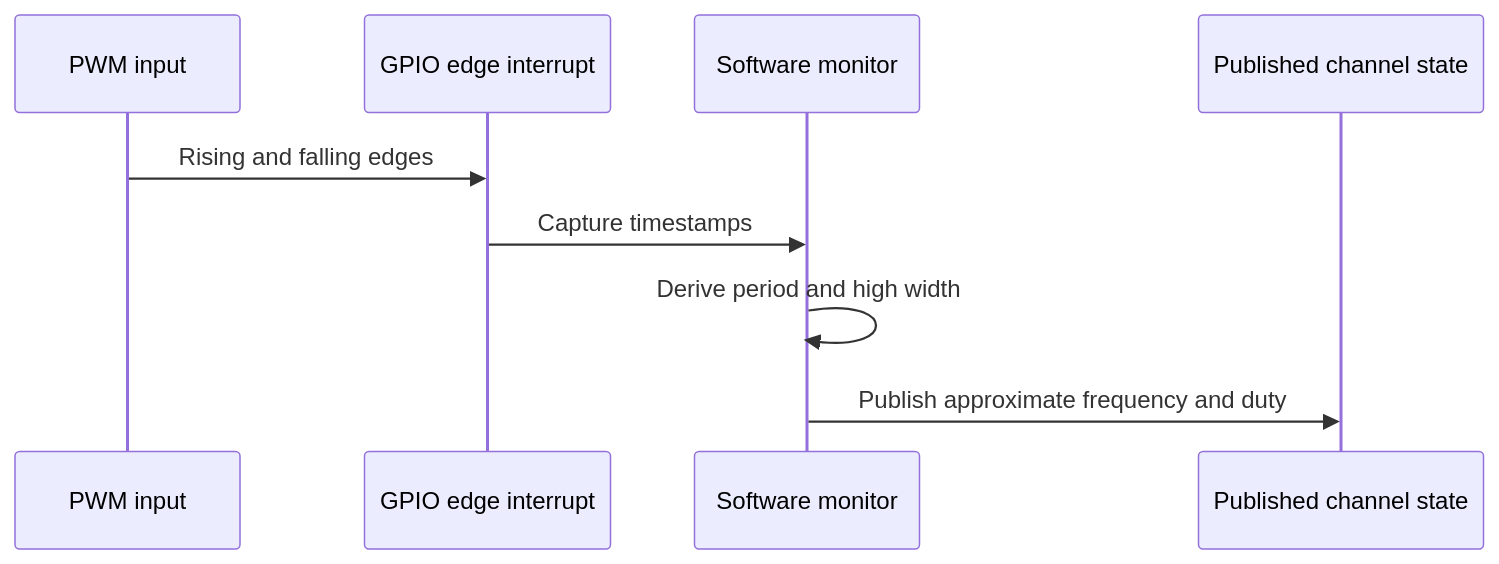
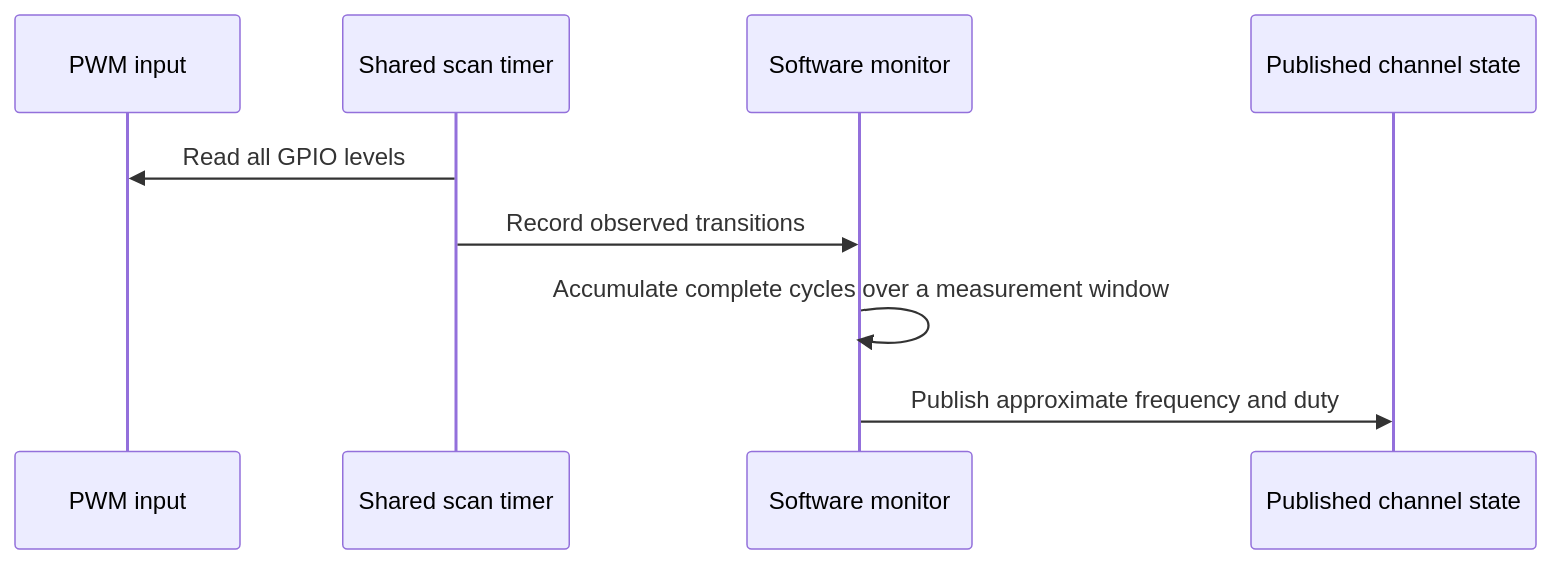
One commit to djwinter29-oss/PicoPWM changed the second of 2 diagrams in docs/design/pwm-driver/software.md. Above: the diagram before and after it, drawn with Mermaid. The commit also changed other lines of this file and 25 other files, not shown here.

````diff
--- a/docs/design/pwm-driver/software.md
+++ b/docs/design/pwm-driver/software.md
@@ -50,12 +94,12 @@
 ```mermaid
 sequenceDiagram
     participant Signal as PWM input
-    participant IRQ as GPIO edge interrupt
+    participant IRQ as Shared scan timer
     participant Monitor as Software monitor
     participant State as Published channel state
 
-    Signal->>IRQ: Rising and falling edges
-    IRQ->>Monitor: Capture timestamps
-    Monitor->>Monitor: Derive period and high width
+    IRQ->>Signal: Read all GPIO levels
+    IRQ->>Monitor: Record observed transitions
+    Monitor->>Monitor: Accumulate complete cycles over a measurement window
     Monitor->>State: Publish approximate frequency and duty
 ```
````
